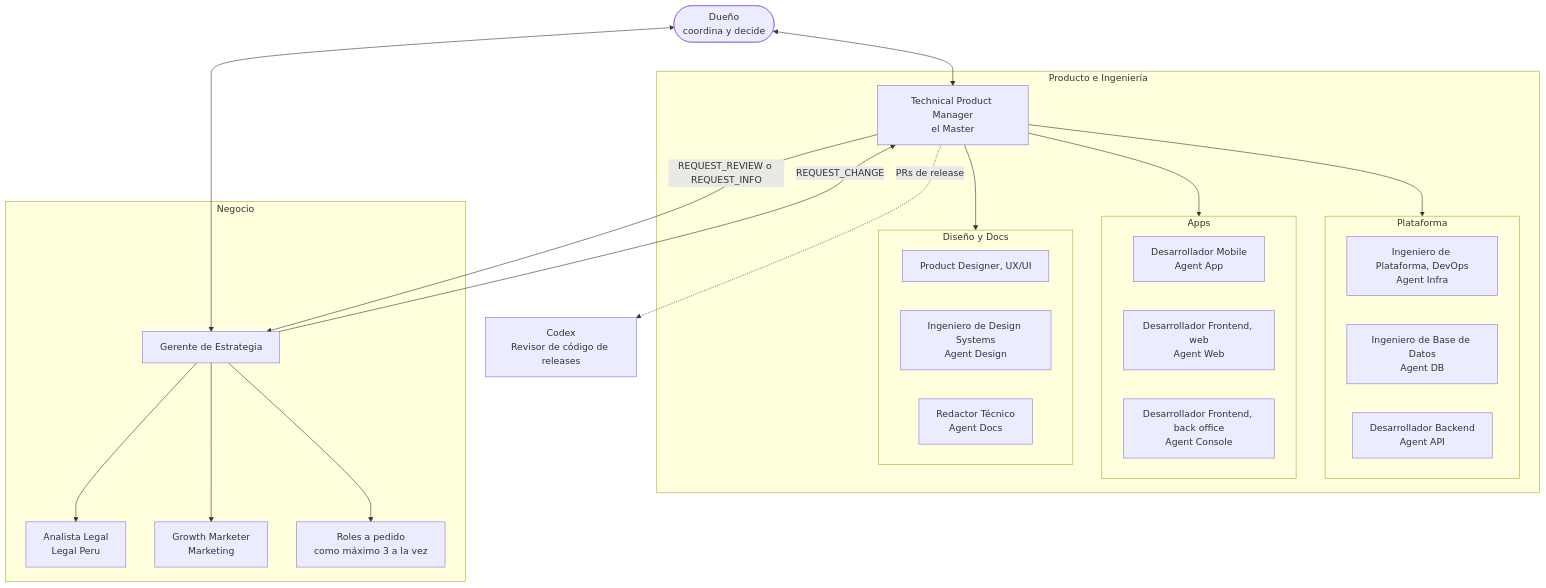
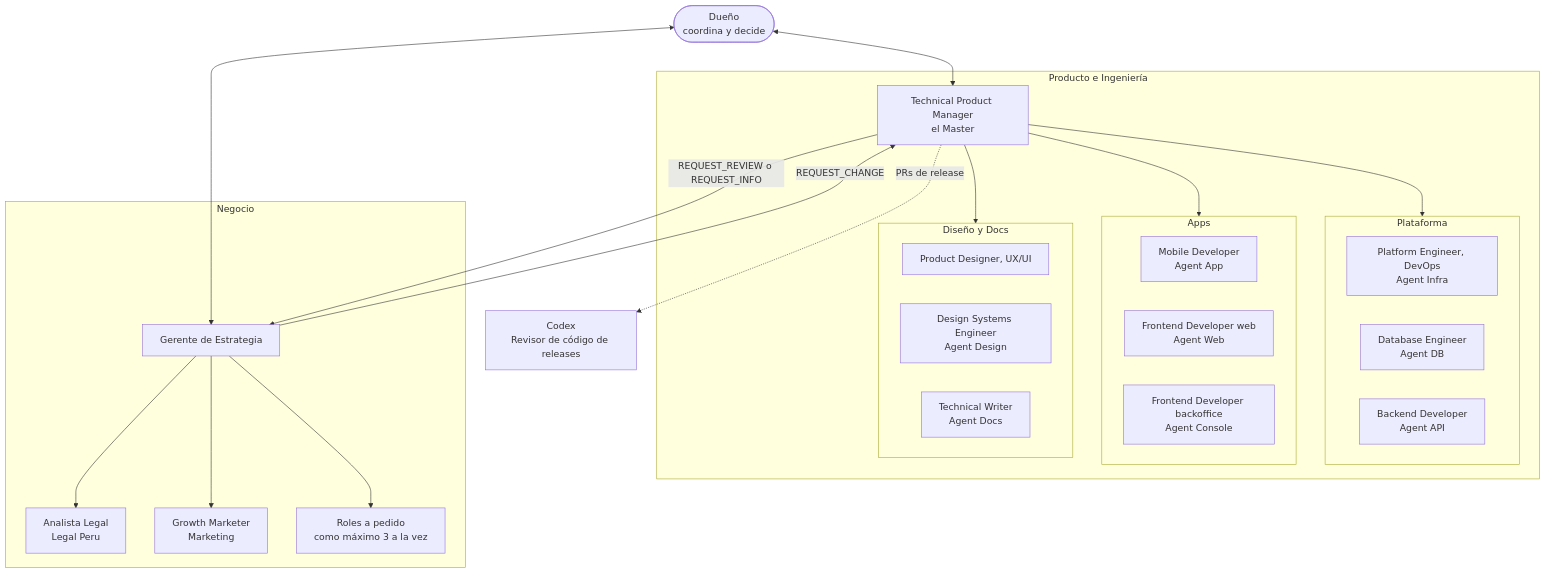
Before and after one commit to Gelpy/gelpy: the diagram in i18n/es/docusaurus-plugin-content-docs/current/framework/overview.md, drawn with Mermaid. The commit also changed 7 other files, not shown here.

````diff
--- a/i18n/es/docusaurus-plugin-content-docs/current/framework/overview.md
+++ b/i18n/es/docusaurus-plugin-content-docs/current/framework/overview.md
@@ -34,44 +34,44 @@
 ```mermaid
 flowchart TB
   owner([Dueño<br/>coordina y decide])
 
   subgraph product[Producto e Ingeniería]
     tpm[Technical Product Manager<br/>el Master]
     subgraph platform[Plataforma]
-      infra[Ingeniero de Plataforma, DevOps<br/>Agent Infra]
-      db[Ingeniero de Base de Datos<br/>Agent DB]
-      api[Desarrollador Backend<br/>Agent API]
+      infra[Platform Engineer, DevOps<br/>Agent Infra]
+      db[Database Engineer<br/>Agent DB]
+      api[Backend Developer<br/>Agent API]
     end
     subgraph apps[Apps]
-      app[Desarrollador Mobile<br/>Agent App]
-      web[Desarrollador Frontend, web<br/>Agent Web]
-      console[Desarrollador Frontend, back office<br/>Agent Console]
+      app[Mobile Developer<br/>Agent App]
+      web[Frontend Developer web<br/>Agent Web]
+      console[Frontend Developer backoffice<br/>Agent Console]
     end
     subgraph designdocs[Diseño y Docs]
       ux[Product Designer, UX/UI]
-      design[Ingeniero de Design Systems<br/>Agent Design]
-      docs[Redactor Técnico<br/>Agent Docs]
+      design[Design Systems Engineer<br/>Agent Design]
+      docs[Technical Writer<br/>Agent Docs]
     end
   end
 
   subgraph business[Negocio]
     sm[Gerente de Estrategia]
     legal[Analista Legal<br/>Legal Peru]
     marketing[Growth Marketer<br/>Marketing]
     temp[Roles a pedido<br/>como máximo 3 a la vez]
   end
 
   codex[Codex<br/>Revisor de código de releases]
 
   owner <--> tpm
   owner <--> sm
   tpm --> platform
   tpm --> apps
   tpm --> designdocs
   tpm -.->|PRs de release| codex
   sm --> legal
   sm --> marketing
   sm --> temp
   sm -->|REQUEST_CHANGE| tpm
   tpm -->|REQUEST_REVIEW o REQUEST_INFO| sm
 ```
````
